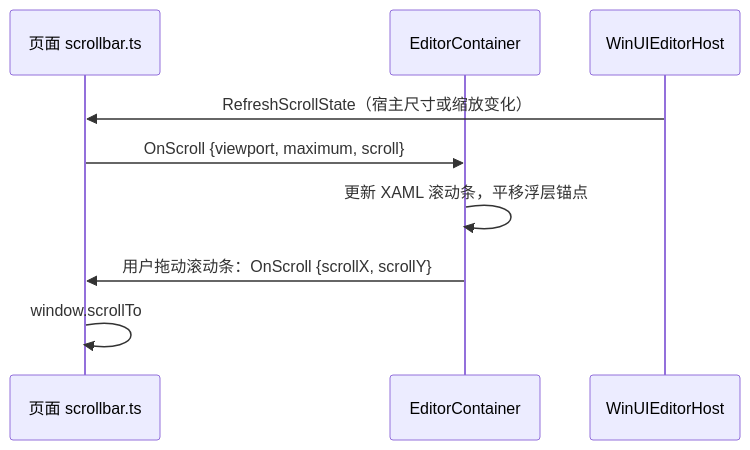
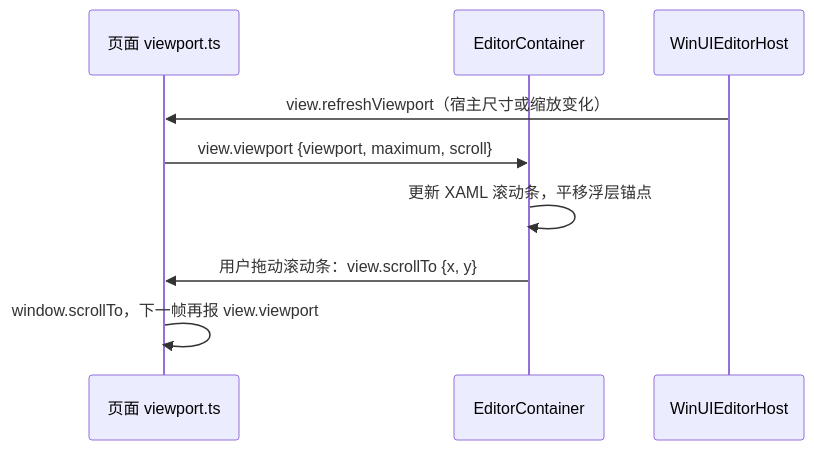
Before and after one commit to awarson2233/Typedown: the seventh of 8 diagrams in docs/architecture.md, drawn with Mermaid. The commit also changed other lines of this file and 2 other files, not shown here.

First line of the commit message:
Describe the new editor engine in architecture.md

````diff
--- a/docs/architecture.md
+++ b/docs/architecture.md
@@ -189,11 +211,11 @@
 ```mermaid
 sequenceDiagram
-    participant P as 页面 scrollbar.ts
+    participant P as 页面 viewport.ts
     participant C as EditorContainer
     participant H as WinUIEditorHost
-    H->>P: RefreshScrollState（宿主尺寸或缩放变化）
-    P->>C: OnScroll {viewport, maximum, scroll}
+    H->>P: view.refreshViewport（宿主尺寸或缩放变化）
+    P->>C: view.viewport {viewport, maximum, scroll}
     C->>C: 更新 XAML 滚动条，平移浮层锚点
-    C->>P: 用户拖动滚动条：OnScroll {scrollX, scrollY}
-    P->>P: window.scrollTo
+    C->>P: 用户拖动滚动条：view.scrollTo {x, y}
+    P->>P: window.scrollTo，下一帧再报 view.viewport
 ```
````
